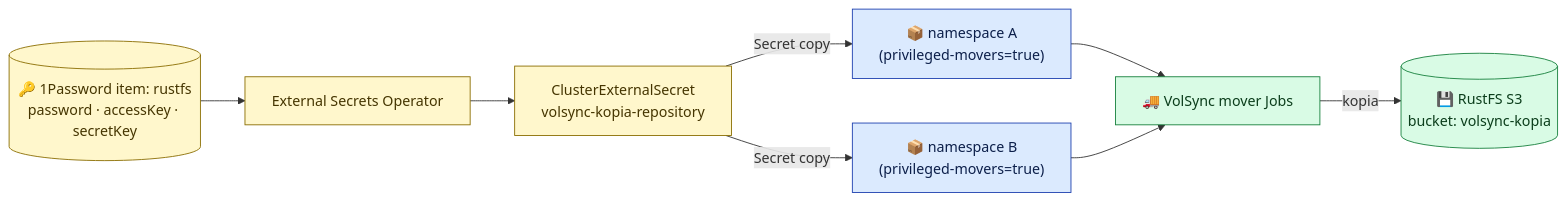
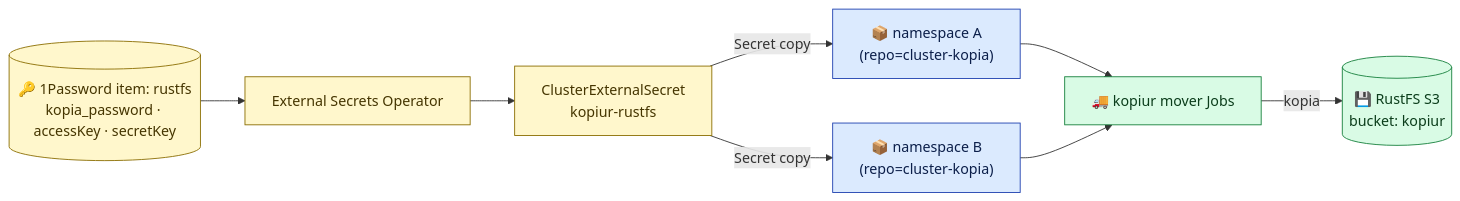
One commit to mitchross/talos-argocd-proxmox changed the diagram in docs/backup-repository-setup.md. Above: the diagram before and after it, drawn with Mermaid. The commit also changed other lines of this file, not shown here.

````diff
--- a/docs/backup-repository-setup.md
+++ b/docs/backup-repository-setup.md
@@ -15,22 +20,22 @@
 ```mermaid
 flowchart LR
-    OP[("🔑 1Password item: rustfs<br/>password · accessKey · secretKey")]
+    OP[("🔑 1Password item: rustfs<br/>kopia_password · accessKey · secretKey")]
     ESO[External Secrets Operator]
-    CES["ClusterExternalSecret<br/>volsync-kopia-repository"]
-    NS1["📦 namespace A<br/>(privileged-movers=true)"]
-    NS2["📦 namespace B<br/>(privileged-movers=true)"]
-    MOVER[🚚 VolSync mover Jobs]
-    S3[("💾 RustFS S3<br/>bucket: volsync-kopia")]
+    CES["ClusterExternalSecret<br/>kopiur-rustfs"]
+    NS1["📦 namespace A<br/>(repo=cluster-kopia)"]
+    NS2["📦 namespace B<br/>(repo=cluster-kopia)"]
+    MOVER[🚚 kopiur mover Jobs]
+    S3[("💾 RustFS S3<br/>bucket: kopiur")]
 
     OP --> ESO --> CES
     CES -->|Secret copy| NS1 --> MOVER
     CES -->|Secret copy| NS2 --> MOVER
     MOVER -->|kopia| S3
 
     classDef secret fill:#fff7cc,stroke:#8a6d00,color:#453500;
     classDef ns fill:#dbeafe,stroke:#1e40af,color:#0c1f4a;
     classDef store fill:#d9fbe5,stroke:#16803c,color:#0b3d1b;
     class OP,ESO,CES secret;
     class NS1,NS2 ns;
     class S3,MOVER store;
 ```
````
